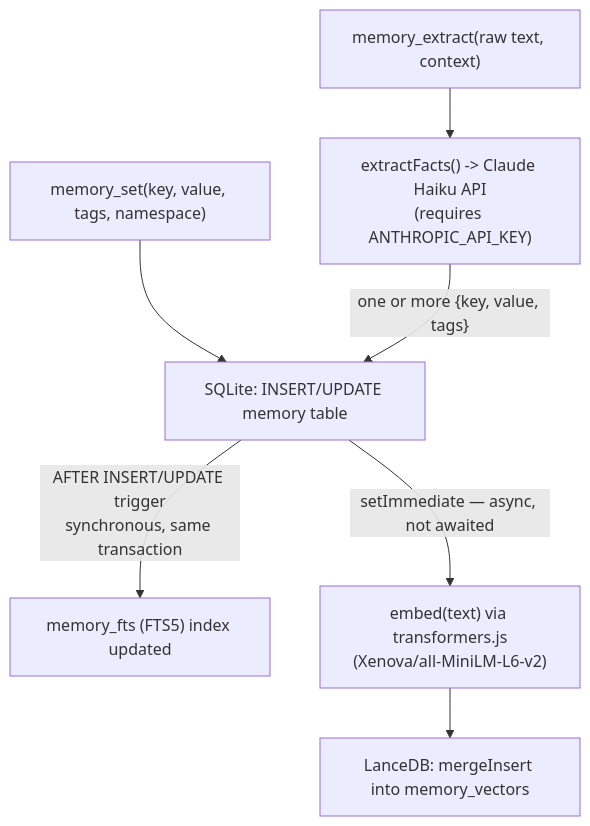
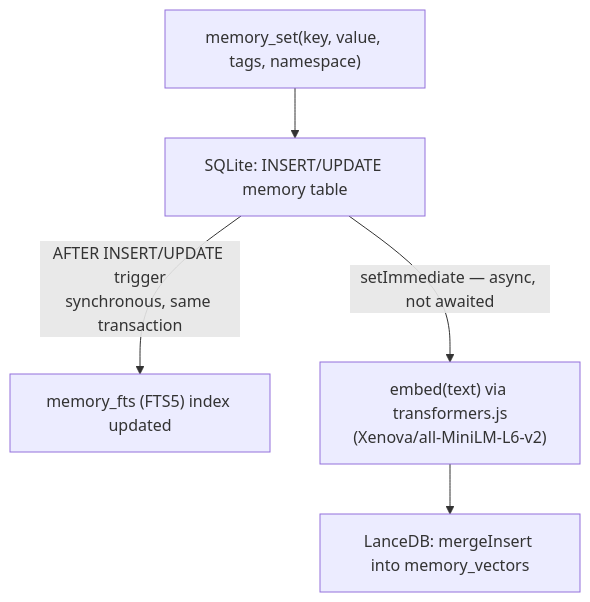
The first of 2 diagrams in docs/memory-flow.md (bradygerndt/project-brain), drawn with Mermaid before and after one commit. The commit also changed other lines of this file and 16 other files, not shown here.

````diff
--- a/docs/memory-flow.md
+++ b/docs/memory-flow.md
@@ -9,10 +9,8 @@
 ```mermaid
 flowchart TD
     A["memory_set(key, value, tags, namespace)"] --> B["SQLite: INSERT/UPDATE memory table"]
-    C["memory_extract(raw text, context)"] --> D["extractFacts() -> Claude Haiku API<br/>(requires ANTHROPIC_API_KEY)"]
-    D -->|"one or more {key, value, tags}"| B
 
     B -->|"AFTER INSERT/UPDATE trigger<br/>synchronous, same transaction"| E["memory_fts (FTS5) index updated"]
     B -->|"setImmediate — async, not awaited"| F["embed(text) via transformers.js<br/>(Xenova/all-MiniLM-L6-v2)"]
     F --> G["LanceDB: mergeInsert into memory_vectors"]
 ```
````
